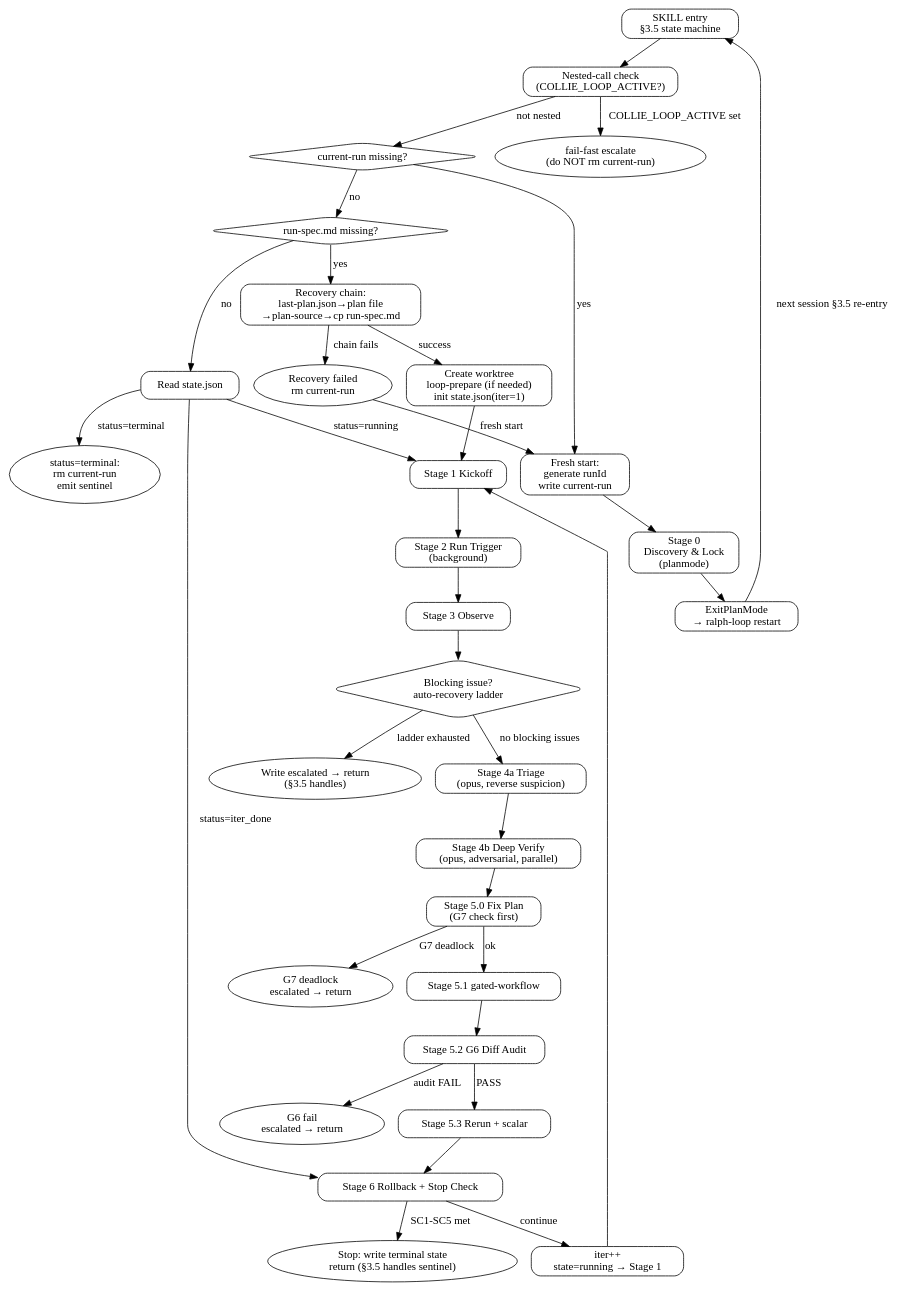
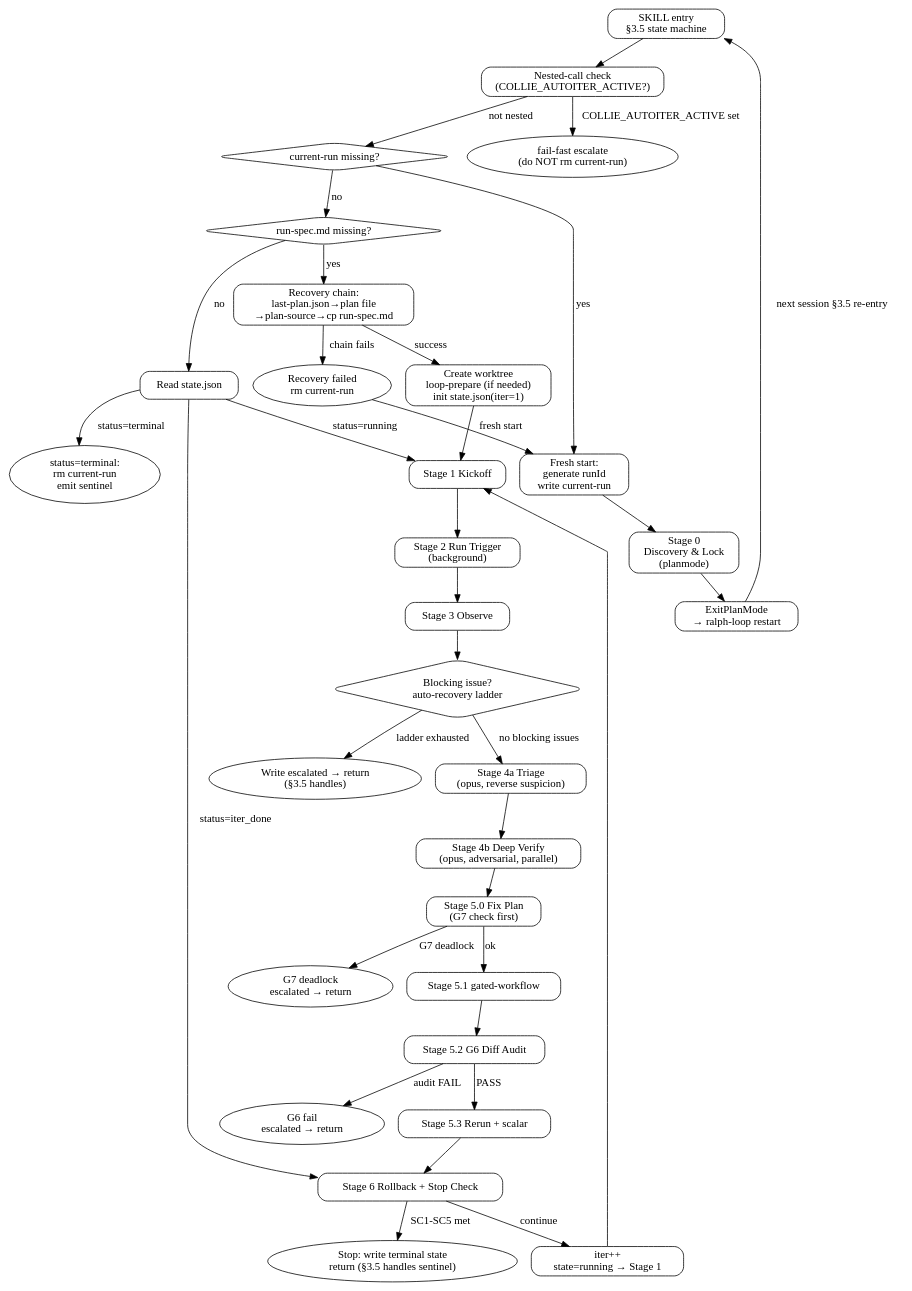
One commit to lkv1988/collie-harness changed the diagram in skills/autoiter/SKILL.md. Above: the diagram before and after it, drawn with Graphviz. The commit also changed other lines of this file and 10 other files, not shown here.

````diff
--- a/skills/autoiter/SKILL.md
+++ b/skills/autoiter/SKILL.md
@@ -22,69 +22,69 @@
 ```dot
 digraph loop {
   rankdir=TB;
   node [shape=box, style=rounded];
   entry [label="SKILL entry\n§3.5 state machine"];
-  nested_check [label="Nested-call check\n(COLLIE_LOOP_ACTIVE?)"];
+  nested_check [label="Nested-call check\n(COLLIE_AUTOITER_ACTIVE?)"];
   fail_fast [label="fail-fast escalate\n(do NOT rm current-run)", shape=ellipse];
   no_current_run [label="current-run missing?", shape=diamond];
   fresh_start [label="Fresh start:\ngenerate runId\nwrite current-run"];
   stage0 [label="Stage 0\nDiscovery & Lock\n(planmode)"];
   ralph_restart [label="ExitPlanMode\n→ ralph-loop restart"];
   run_spec_missing [label="run-spec.md missing?", shape=diamond];
   recovery [label="Recovery chain:\nlast-plan.json→plan file\n→plan-source→cp run-spec.md"];
   recovery_fail [label="Recovery failed\nrm current-run", shape=ellipse];
   worktree_prepare [label="Create worktree\nloop-prepare (if needed)\ninit state.json(iter=1)"];
   read_state [label="Read state.json"];
   terminal [label="status=terminal:\nrm current-run\nemit sentinel", shape=ellipse];
   stage1 [label="Stage 1 Kickoff"];
   stage2 [label="Stage 2 Run Trigger\n(background)"];
   stage3 [label="Stage 3 Observe"];
   blocker [label="Blocking issue?\nauto-recovery ladder", shape=diamond];
   blocker_fail [label="Write escalated → return\n(§3.5 handles)", shape=ellipse];
   stage4a [label="Stage 4a Triage\n(opus, reverse suspicion)"];
   stage4b [label="Stage 4b Deep Verify\n(opus, adversarial, parallel)"];
   stage50 [label="Stage 5.0 Fix Plan\n(G7 check first)"];
   g7_fail [label="G7 deadlock\nescalated → return", shape=ellipse];
   stage51 [label="Stage 5.1 gated-workflow"];
   stage52 [label="Stage 5.2 G6 Diff Audit"];
   g6_fail [label="G6 fail\nescalated → return", shape=ellipse];
   stage53 [label="Stage 5.3 Rerun + scalar"];
   stage6 [label="Stage 6 Rollback + Stop Check"];
   stop [label="Stop: write terminal state\nreturn (§3.5 handles sentinel)", shape=ellipse];
   next_iter [label="iter++\nstate=running → Stage 1"];
 
   entry -> nested_check;
-  nested_check -> fail_fast [label="COLLIE_LOOP_ACTIVE set"];
+  nested_check -> fail_fast [label="COLLIE_AUTOITER_ACTIVE set"];
   nested_check -> no_current_run [label="not nested"];
   no_current_run -> fresh_start [label="yes"];
   no_current_run -> run_spec_missing [label="no"];
   fresh_start -> stage0;
   stage0 -> ralph_restart;
   ralph_restart -> entry [label="next session §3.5 re-entry"];
   run_spec_missing -> recovery [label="yes"];
   recovery -> recovery_fail [label="chain fails"];
   recovery_fail -> fresh_start [label="fresh start"];
   recovery -> worktree_prepare [label="success"];
   worktree_prepare -> stage1;
   run_spec_missing -> read_state [label="no"];
   read_state -> stage1 [label="status=running"];
   read_state -> stage6 [label="status=iter_done"];
   read_state -> terminal [label="status=terminal"];
   stage1 -> stage2;
   stage2 -> stage3;
   stage3 -> blocker;
   blocker -> stage4a [label="no blocking issues"];
   blocker -> blocker_fail [label="ladder exhausted"];
   stage4a -> stage4b;
   stage4b -> stage50;
   stage50 -> g7_fail [label="G7 deadlock"];
   stage50 -> stage51 [label="ok"];
   stage51 -> stage52;
   stage52 -> g6_fail [label="audit FAIL"];
   stage52 -> stage53 [label="PASS"];
   stage53 -> stage6;
   stage6 -> stop [label="SC1-SC5 met"];
   stage6 -> next_iter [label="continue"];
   next_iter -> stage1;
 }
 ```
````
